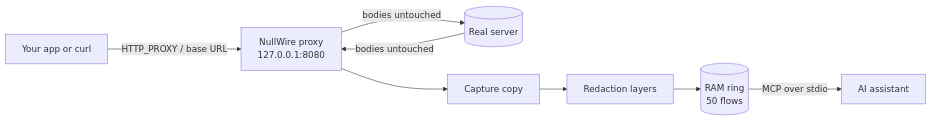
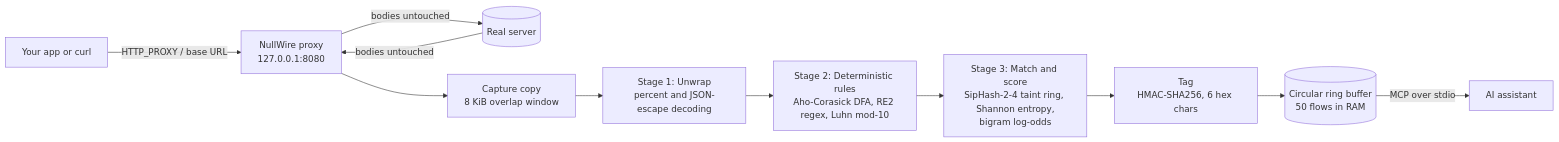
One commit to VoxNode-ux/nullwire-mcp changed the diagram in README.md. Above: the diagram before and after it, drawn with Mermaid. The commit also changed other lines of this file, not shown here.

````diff
--- a/README.md
+++ b/README.md
@@ -270,10 +90,13 @@
 ```mermaid
 flowchart LR
     A[Your app or curl] -->|HTTP_PROXY / base URL| P[NullWire proxy<br/>127.0.0.1:8080]
     P -->|bodies untouched| S[(Real server)]
     S -->|bodies untouched| P
-    P --> C[Capture copy]
-    C --> R[Redaction layers]
-    R --> B[(RAM ring<br/>50 flows)]
+    P --> C["Capture copy<br/>8 KiB overlap window"]
+    C --> U["Stage 1: Unwrap<br/>percent and JSON-escape decoding"]
+    U --> D["Stage 2: Deterministic rules<br/>Aho-Corasick DFA, RE2 regex, Luhn mod-10"]
+    D --> H["Stage 3: Match and score<br/>SipHash-2-4 taint ring, Shannon entropy,<br/>bigram log-odds"]
+    H --> T["Tag<br/>HMAC-SHA256, 6 hex chars"]
+    T --> B[("Circular ring buffer<br/>50 flows in RAM")]
     B -->|MCP over stdio| M[AI assistant]
 ```
````
